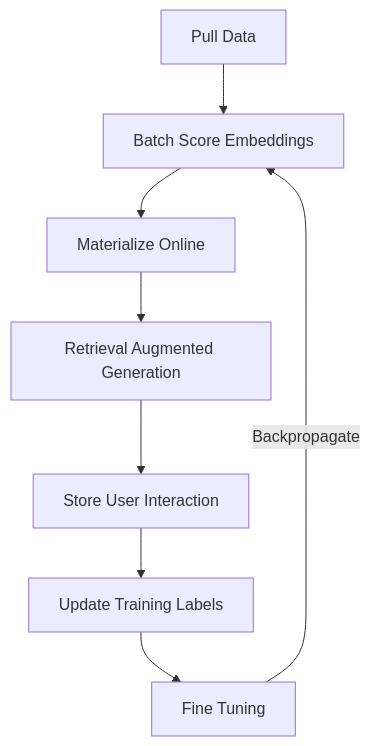
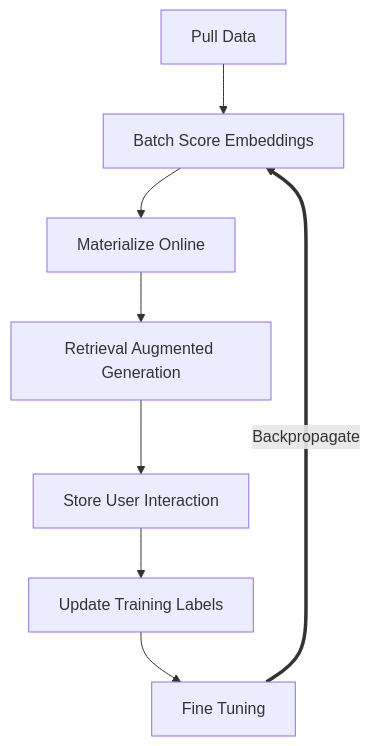
The diagram in demos/feast-rag/README.md (franciscojavierarceo/Python), drawn with Mermaid before and after one commit.

````diff
--- a/demos/feast-rag/README.md
+++ b/demos/feast-rag/README.md
@@ -30,10 +30,10 @@
 ```mermaid
 flowchart TD;
     A[Pull Data] --> B[Batch Score Embeddings];
     B[Batch Score Embeddings] --> C[Materialize Online];
     C[Materialize Online] --> D[Retrieval Augmented Generation];
     D[Retrieval Augmented Generation] --> E[Store User Interaction];
     E[Store User Interaction] --> F[Update Training Labels];
     F[Update Training Labels] --> H[Fine Tuning];
-    H[Fine Tuning] -- Backpropagate --> B[Batch Score Embeddings];
+    H[Fine Tuning] == Backpropagate ==> B[Batch Score Embeddings];
 ```
````
